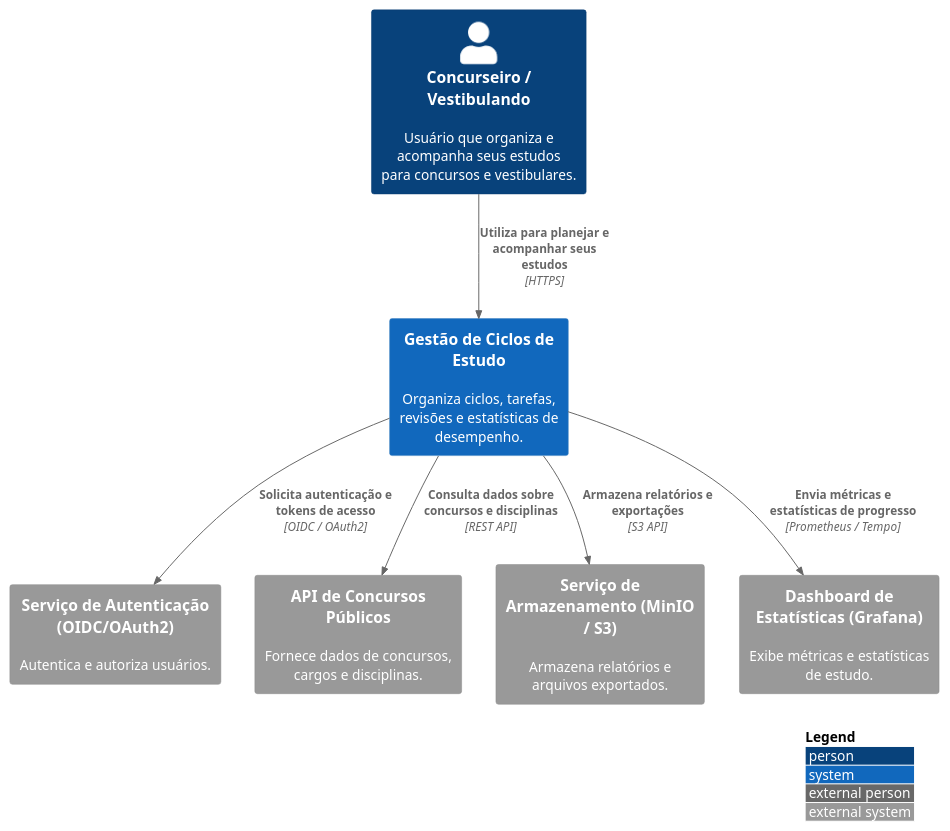
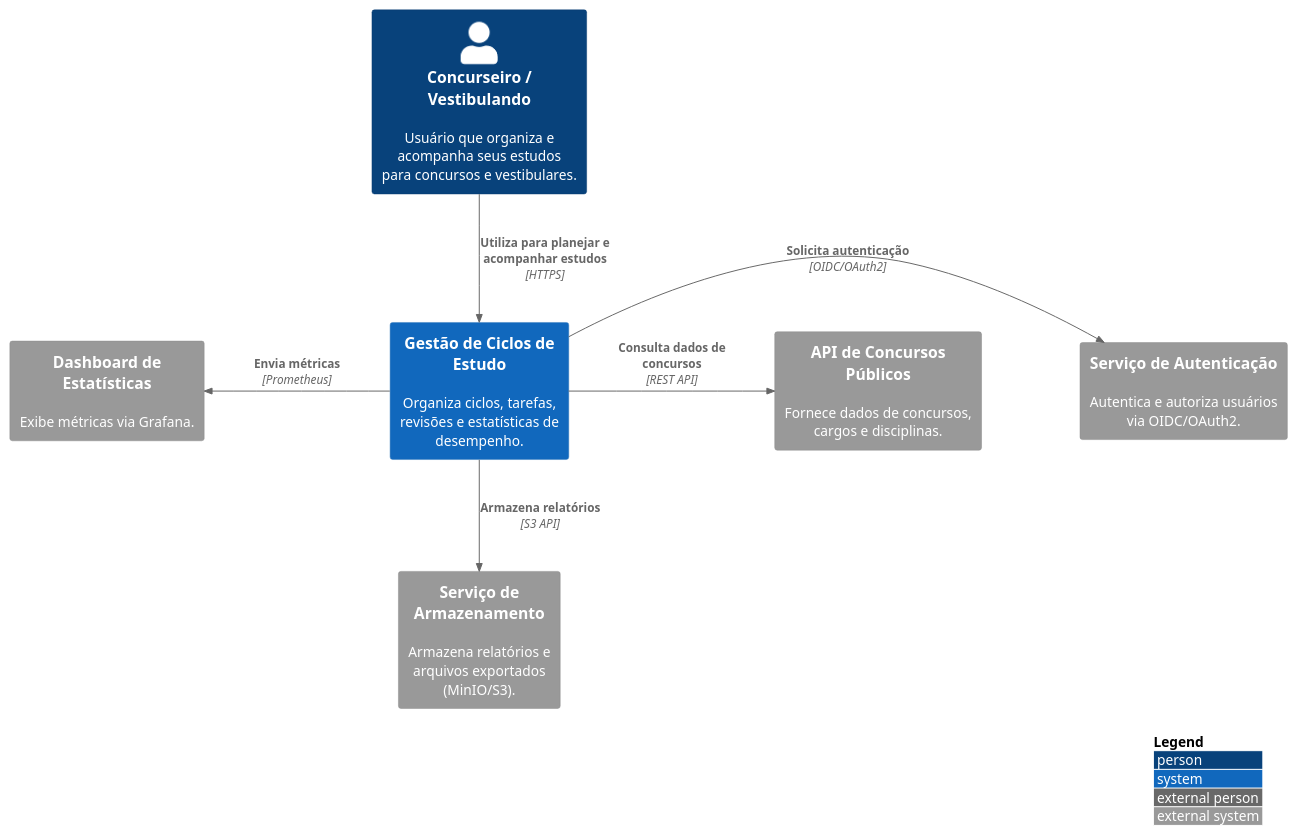
One commit to MarcosVSO/projeto_design_de_software changed the diagram in atividade_2/diagrama_contexto.puml. Above: the diagram before and after it, drawn with PlantUML. The commit also changed 1 other file, not shown here.

Commit message:
refactor: improve layout and spacing in component diagram for better readability

```diff
--- a/atividade_2/diagrama_contexto.puml
+++ b/atividade_2/diagrama_contexto.puml
@@ -1,20 +1,35 @@
 @startuml
 !include https://raw.githubusercontent.com/plantuml-stdlib/C4-PlantUML/master/C4_Context.puml
 
+' Configurações para melhorar legibilidade
+LAYOUT_TOP_DOWN()
 LAYOUT_WITH_LEGEND()
 
+' Aumentar espaçamento entre elementos
+skinparam ranksep 80
+skinparam nodesep 100
+
 Person(user, "Concurseiro / Vestibulando", "Usuário que organiza e acompanha seus estudos para concursos e vestibulares.")
+
 System(system, "Gestão de Ciclos de Estudo", "Organiza ciclos, tarefas, revisões e estatísticas de desempenho.")
 
-System_Ext(auth, "Serviço de Autenticação (OIDC/OAuth2)", "Autentica e autoriza usuários.")
+System_Ext(auth, "Serviço de Autenticação", "Autentica e autoriza usuários via OIDC/OAuth2.")
+
 System_Ext(apiConcursos, "API de Concursos Públicos", "Fornece dados de concursos, cargos e disciplinas.")
-System_Ext(storage, "Serviço de Armazenamento (MinIO / S3)", "Armazena relatórios e arquivos exportados.")
-System_Ext(grafana, "Dashboard de Estatísticas (Grafana)", "Exibe métricas e estatísticas de estudo.")
 
-Rel(user, system, "Utiliza para planejar e acompanhar seus estudos", "HTTPS")
-Rel(system, auth, "Solicita autenticação e tokens de acesso", "OIDC / OAuth2")
-Rel(system, apiConcursos, "Consulta dados sobre concursos e disciplinas", "REST API")
-Rel(system, storage, "Armazena relatórios e exportações", "S3 API")
-Rel(system, grafana, "Envia métricas e estatísticas de progresso", "Prometheus / Tempo")
+System_Ext(storage, "Serviço de Armazenamento", "Armazena relatórios e arquivos exportados (MinIO/S3).")
+
+System_Ext(grafana, "Dashboard de Estatísticas", "Exibe métricas via Grafana.")
+
+' Relacionamentos com direções específicas
+Rel_Down(user, system, "Utiliza para planejar e acompanhar estudos", "HTTPS")
+
+Rel_Right(system, auth, "Solicita autenticação", "OIDC/OAuth2")
+
+Rel_Right(system, apiConcursos, "Consulta dados de concursos", "REST API")
+
+Rel_Down(system, storage, "Armazena relatórios", "S3 API")
+
+Rel_Left(system, grafana, "Envia métricas", "Prometheus")
 
 @enduml
```
